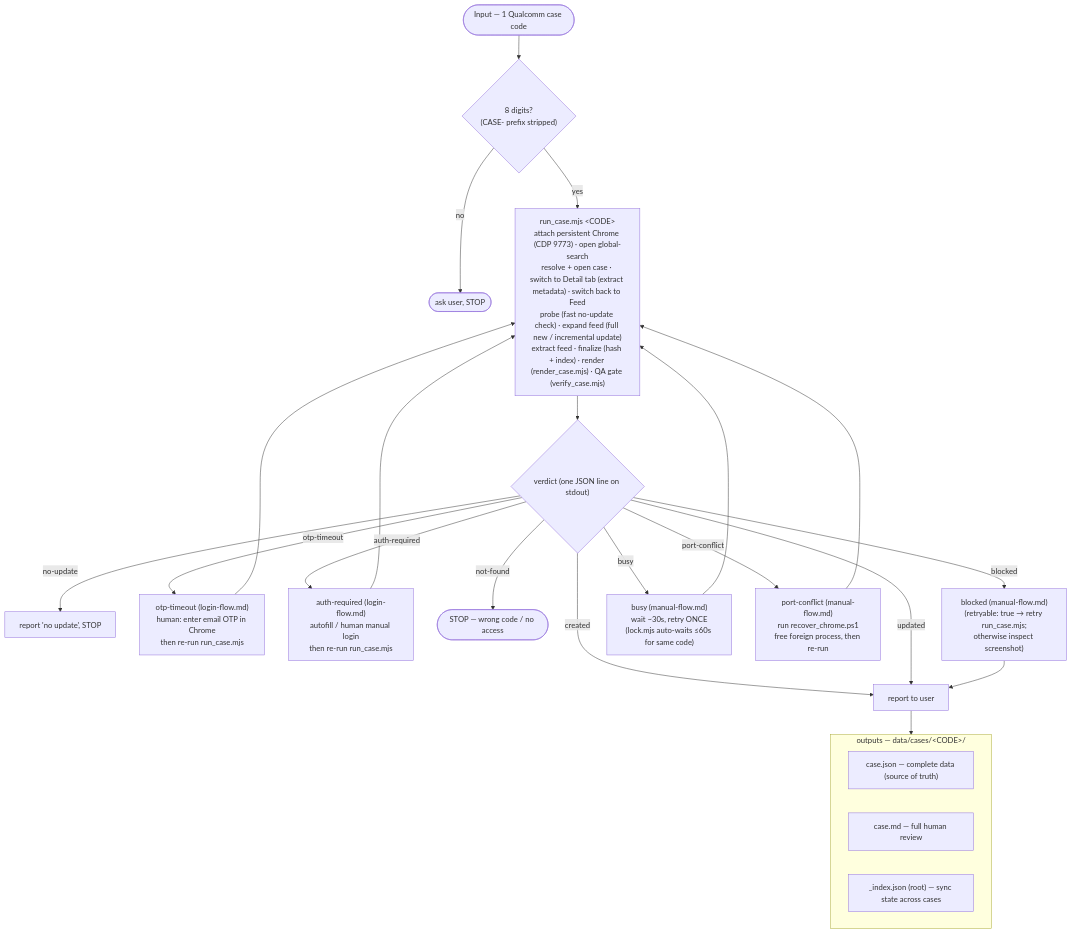
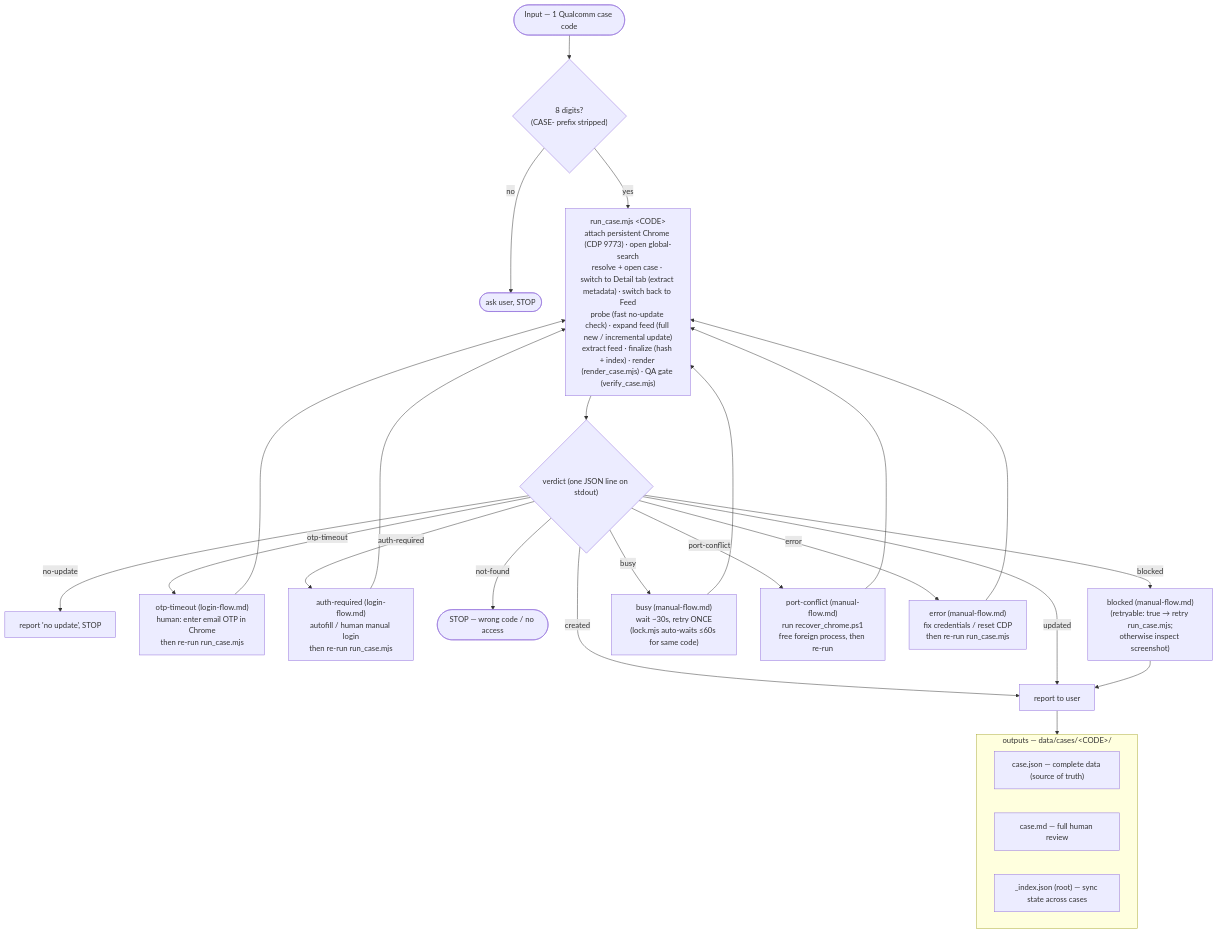
Before and after one commit to congtubkbn/qualcomm-case-agent: the diagram in .claude/skills/qualcomm-case-agent/references/workflow.md, drawn with Mermaid. The commit also changed other lines of this file and 1 other file, not shown here.

Commit message:
docs(skill): align consumer integration and architecture reference (#180)

````diff
--- a/.claude/skills/qualcomm-case-agent/references/workflow.md
+++ b/.claude/skills/qualcomm-case-agent/references/workflow.md
@@ -12,27 +9,29 @@
 ```mermaid
 flowchart TD
   IN(["Input — 1 Qualcomm case code"]) --> VALID{"8 digits?<br/>(CASE- prefix stripped)"}
   VALID -->|no| S0(["ask user, STOP"])
   VALID -->|yes| RUN["run_case.mjs &lt;CODE&gt;<br/>attach persistent Chrome (CDP 9773) · open global-search<br/>resolve + open case · switch to Detail tab (extract metadata) · switch back to Feed<br/>probe (fast no-update check) · expand feed (full new / incremental update)<br/>extract feed · finalize (hash + index) · render (render_case.mjs) · QA gate (verify_case.mjs)"]
   RUN --> V{"verdict (one JSON line on stdout)"}
   V -->|created| REPORT["report to user"]
   V -->|updated| REPORT
   V -->|no-update| REPORT_NU["report 'no update', STOP"]
   V -->|otp-timeout| OTP["otp-timeout (login-flow.md)<br/>human: enter email OTP in Chrome<br/>then re-run run_case.mjs"]
   V -->|auth-required| AUTH["auth-required (login-flow.md)<br/>autofill / human manual login<br/>then re-run run_case.mjs"]
   V -->|not-found| S1(["STOP — wrong code / no access"])
   V -->|blocked| MANUAL["blocked (manual-flow.md)<br/>(retryable: true → retry run_case.mjs;<br/>otherwise inspect screenshot)"]
   V -->|busy| RETRY["busy (manual-flow.md)<br/>wait ~30s, retry ONCE<br/>(lock.mjs auto-waits &le;60s for same code)"]
   V -->|port-conflict| PORT["port-conflict (manual-flow.md)<br/>run recover_chrome.ps1<br/>free foreign process, then re-run"]
+  V -->|error| ERR["error (manual-flow.md)<br/>fix credentials / reset CDP<br/>then re-run run_case.mjs"]
   OTP --> RUN
   AUTH --> RUN
   PORT --> RUN
   RETRY --> RUN
+  ERR --> RUN
   MANUAL --> REPORT
   REPORT --> OUT
   subgraph OUT["outputs — data/cases/&lt;CODE&gt;/"]
     O1["case.json — complete data (source of truth)"]
     O2["case.md — full human review"]
     O3["_index.json (root) — sync state across cases"]
   end
 ```
````
